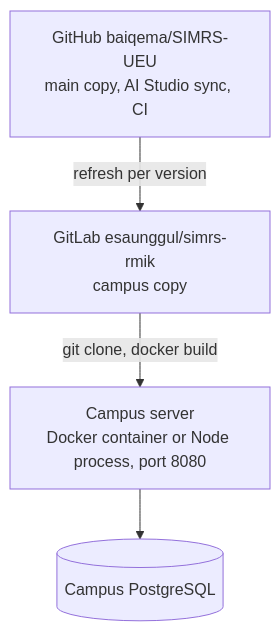
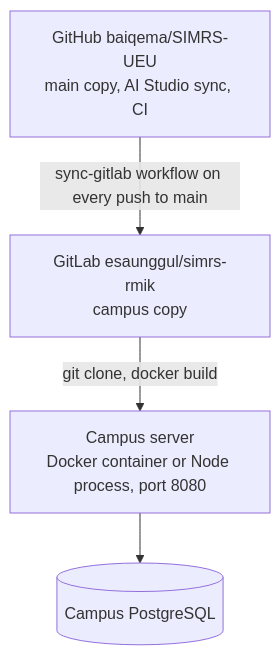
Before and after one commit to baiqema/SIMRS-UEU: the third of 3 diagrams in docs/product/04-architecture.md, drawn with Mermaid. The commit also changed other lines of this file and 2 other files, not shown here.

Commit message:
Link the GitLab sync guide from the product docs
Claude-Session: https://claude.ai/code/session_0166NdCoxL4Zmu8E88p8u8kw

````diff
--- a/docs/product/04-architecture.md
+++ b/docs/product/04-architecture.md
@@ -112,6 +112,6 @@
 ```mermaid
 flowchart TB
-  GH["GitHub baiqema/SIMRS-UEU<br/>main copy, AI Studio sync, CI"] -->|refresh per version| GL["GitLab esaunggul/simrs-rmik<br/>campus copy"]
+  GH["GitHub baiqema/SIMRS-UEU<br/>main copy, AI Studio sync, CI"] -->|"sync-gitlab workflow on every push to main"| GL["GitLab esaunggul/simrs-rmik<br/>campus copy"]
   GL -->|git clone, docker build| SRV["Campus server<br/>Docker container or Node process, port 8080"]
   SRV --> DB[("Campus PostgreSQL")]
 ```
````
